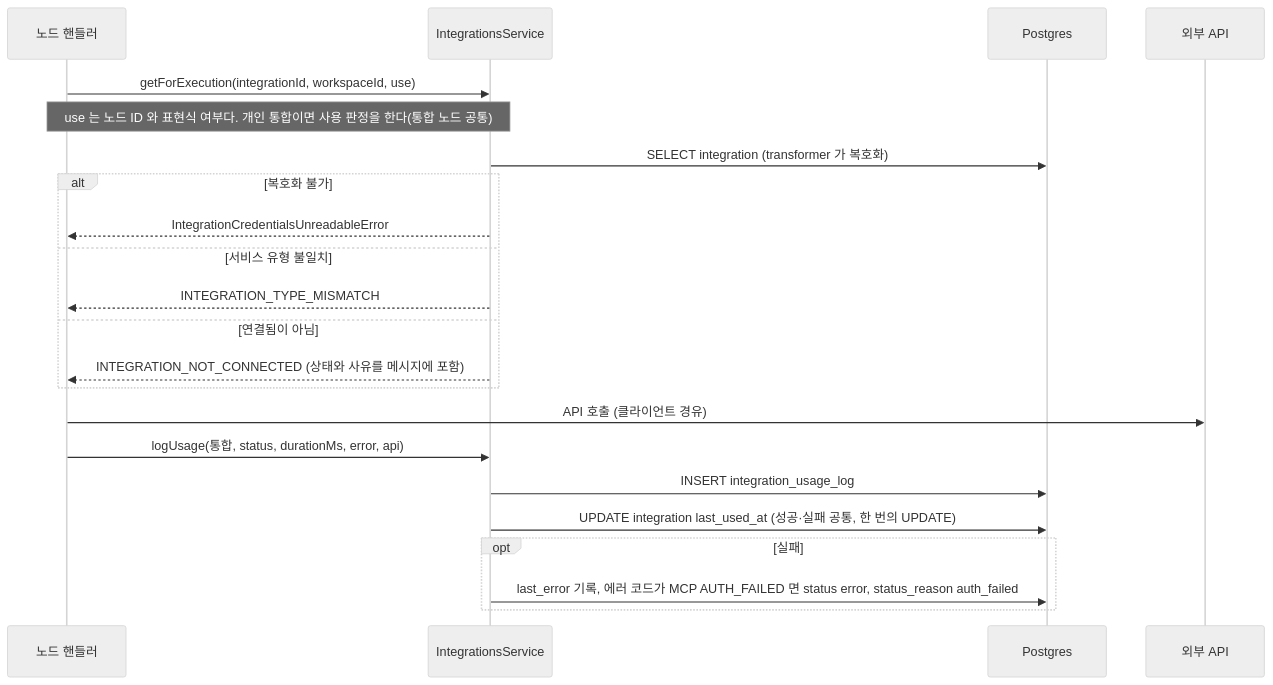
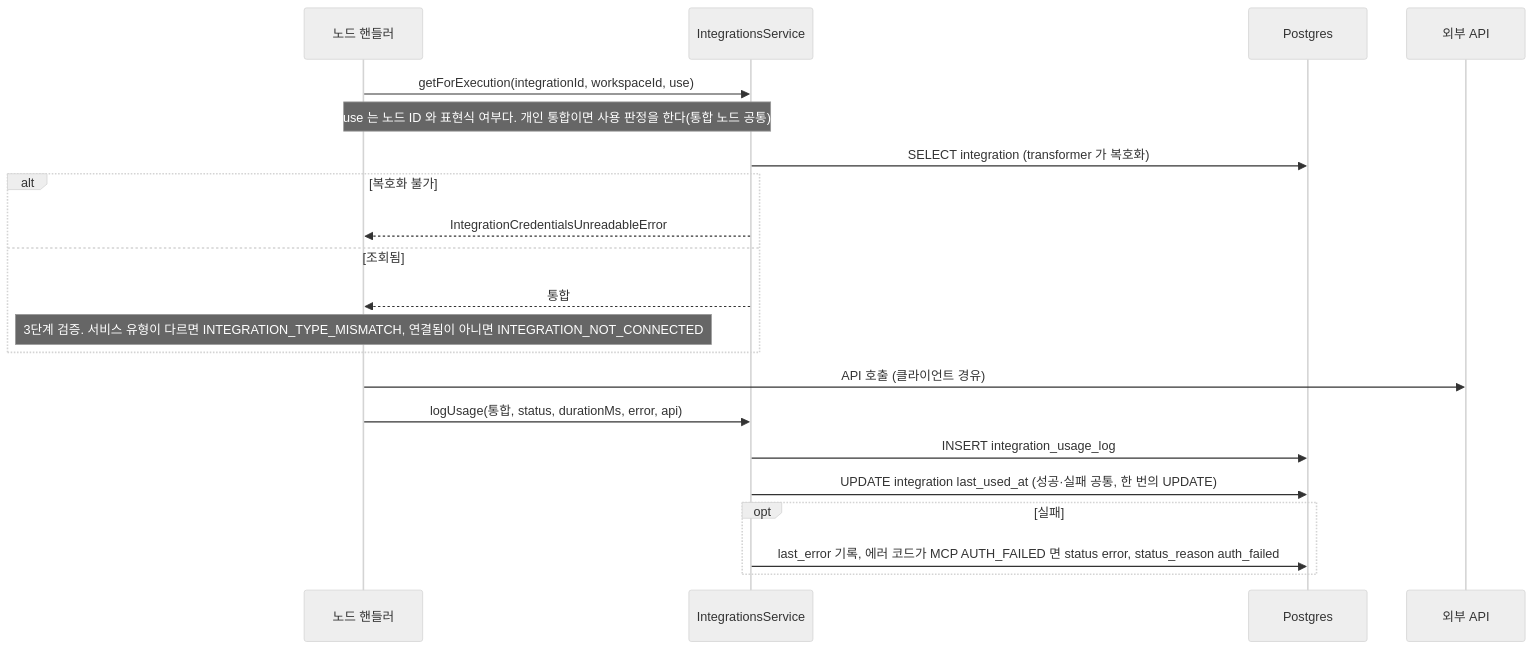
Before and after one commit to worker-ants/clemvion: the sixth of 6 diagrams in spec/CLE-INT/CLE-INT-DATA.md, drawn with Mermaid (neutral theme). The commit also changed other lines of this file and 12 other files, not shown here.

````diff
--- a/spec/CLE-INT/CLE-INT-DATA.md
+++ b/spec/CLE-INT/CLE-INT-DATA.md
@@ -417,24 +417,23 @@
 ```mermaid
 sequenceDiagram
   participant H as 노드 핸들러
   participant Svc as IntegrationsService
   participant PG as Postgres
   participant Ext as 외부 API
   H->>Svc: getForExecution(integrationId, workspaceId, use)
   Note over H,Svc: use 는 노드 ID 와 표현식 여부다. 개인 통합이면 사용 판정을 한다(통합 노드 공통)
   Svc->>PG: SELECT integration (transformer 가 복호화)
   alt 복호화 불가
     Svc-->>H: IntegrationCredentialsUnreadableError
-  else 서비스 유형 불일치
-    Svc-->>H: INTEGRATION_TYPE_MISMATCH
-  else 연결됨이 아님
-    Svc-->>H: INTEGRATION_NOT_CONNECTED (상태와 사유를 메시지에 포함)
+  else 조회됨
+    Svc-->>H: 통합
+    Note over H: 3단계 검증. 서비스 유형이 다르면 INTEGRATION_TYPE_MISMATCH, 연결됨이 아니면 INTEGRATION_NOT_CONNECTED
   end
   H->>Ext: API 호출 (클라이언트 경유)
   H->>Svc: logUsage(통합, status, durationMs, error, api)
   Svc->>PG: INSERT integration_usage_log
   Svc->>PG: UPDATE integration last_used_at (성공·실패 공통, 한 번의 UPDATE)
   opt 실패
     Svc->>PG: last_error 기록, 에러 코드가 MCP AUTH_FAILED 면 status error, status_reason auth_failed
   end
 ```
````
